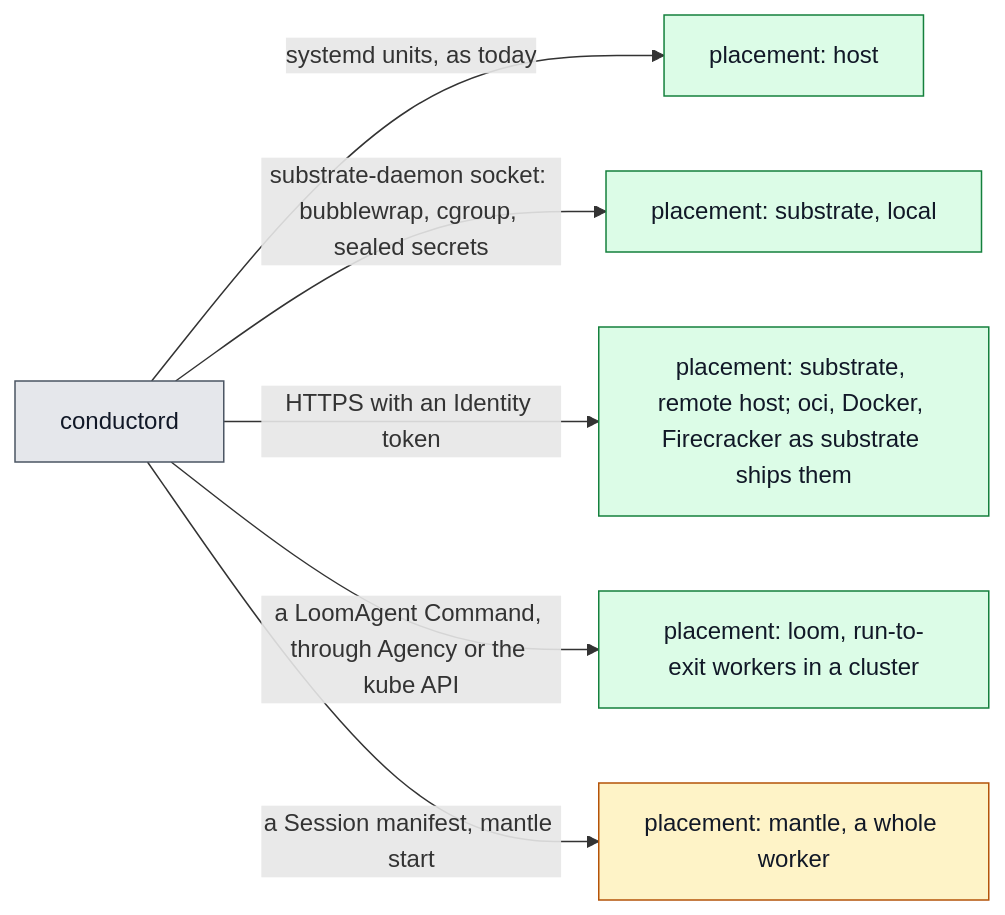
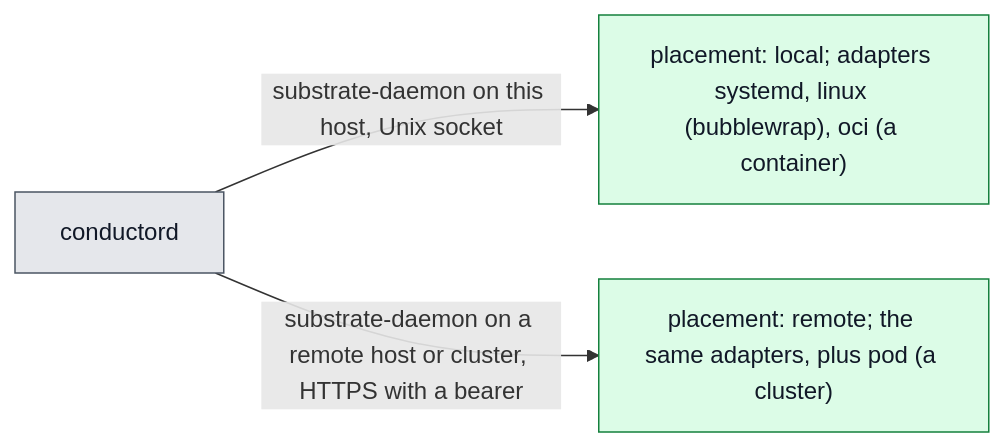
Before and after one commit to beyond10x/conductor: the seventh of 12 diagrams in website/docs/concepts/architecture.md, drawn with Mermaid. The commit also changed other lines of this file and 1 other file, not shown here.

First line of the commit message:
design: the daemon on a remote box, the token pool, actors by type, the Claude app as a UI

````diff
--- a/website/docs/concepts/architecture.md
+++ b/website/docs/concepts/architecture.md
@@ -391,12 +427,8 @@
 ```mermaid
 flowchart LR
   classDef nomodel fill:#e5e7eb,stroke:#4b5563,color:#111827
   classDef model fill:#dcfce7,stroke:#15803d,color:#111827
-  classDef custom fill:#fef3c7,stroke:#b45309,color:#111827
   d["conductord"]:::nomodel
-  d -->|systemd units, as today| h["placement: host"]:::model
-  d -->|substrate-daemon socket: bubblewrap, cgroup, sealed secrets| sl["placement: substrate, local"]:::model
-  d -->|HTTPS with an Identity token| sr["placement: substrate, remote host; oci, Docker, Firecracker as substrate ships them"]:::model
-  d -->|a LoomAgent Command, through Agency or the kube API| lo["placement: loom, run-to-exit workers in a cluster"]:::model
-  d -->|a Session manifest, mantle start| m["placement: mantle, a whole worker"]:::custom
+  d -->|substrate-daemon on this host, Unix socket| sl["placement: local; adapters systemd, linux (bubblewrap), oci (a container)"]:::model
+  d -->|substrate-daemon on a remote host or cluster, HTTPS with a bearer| sr["placement: remote; the same adapters, plus pod (a cluster)"]:::model
 ```
````
